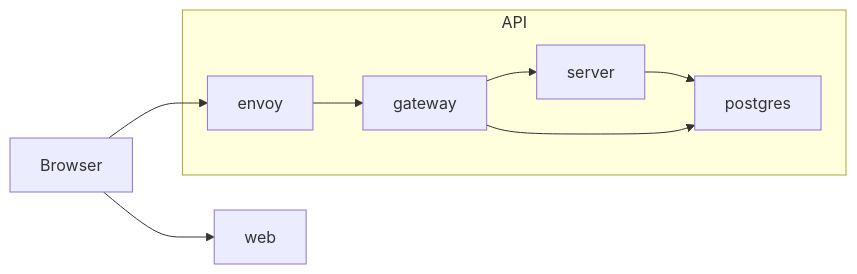
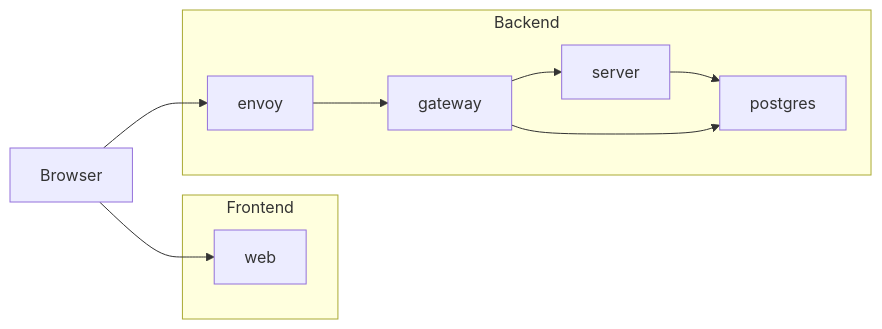
Before and after one commit to spine-examples/access-desk-ts: the diagram in deploy/README.md, drawn with Mermaid. The commit also changed other lines of this file and 2 other files, not shown here.

Commit message:
Split the containers into a frontend and a backend.

````diff
--- a/deploy/README.md
+++ b/deploy/README.md
@@ -19,11 +22,14 @@
 ```mermaid
 flowchart LR
-  Browser --> Web[web]
+  Browser --> Web
   Browser --> Envoy
-  subgraph API
+  subgraph Frontend
+    Web[web]
+  end
+  subgraph Backend
     Envoy[envoy] --> Gateway[gateway]
     Gateway --> Server[server]
     Server --> Postgres[postgres]
     Gateway --> Postgres
   end
 ```
````
